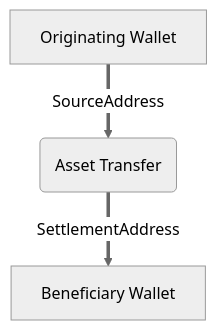
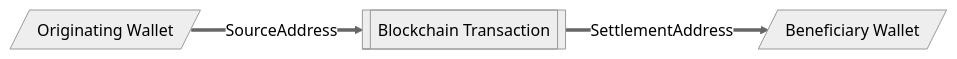
Before and after one commit to TransactionAuthorizationProtocol/TAIPs: the fifth of 22 diagrams in Whitepaper.md, drawn with Mermaid (neutral theme). The commit also changed other lines of this file, not shown here.

````diff
--- a/Whitepaper.md
+++ b/Whitepaper.md
@@ -333,5 +333,5 @@
 ```mermaid
-graph TD
-    SourceAddress[Originating Wallet] ==>|SourceAddress| Transaction(Asset Transfer)
-    Transaction ==>|SettlementAddress| SettlementAddress[Beneficiary Wallet]
+graph LR
+    SourceAddress[/Originating Wallet/] ==>|SourceAddress| Transaction[[Blockchain Transaction]]
+    Transaction ==>|SettlementAddress| SettlementAddress[/Beneficiary Wallet/]
 ```
````
